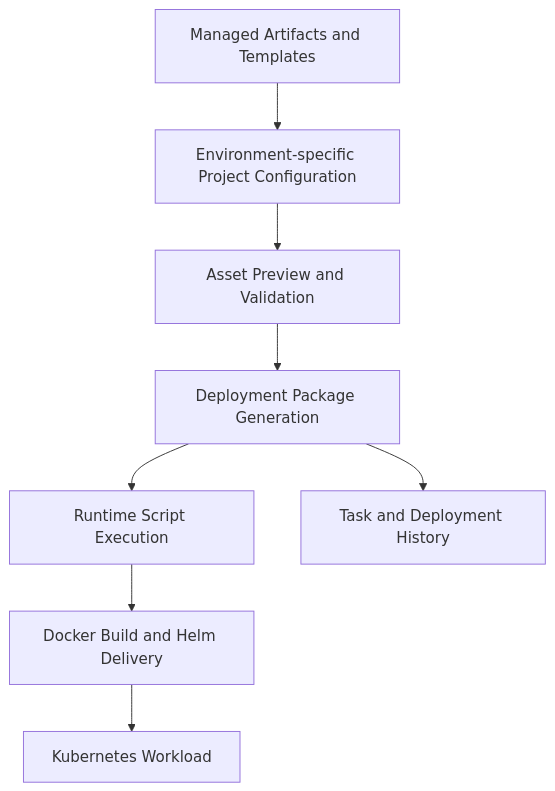
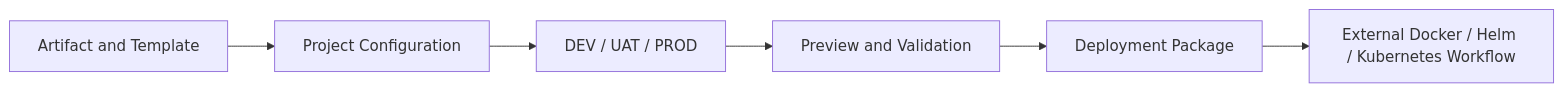
One commit to Tsonrat/software-engineer-journey changed the diagram in project/k8s_cicd_Platform/README.md. Above: the diagram before and after it, drawn with Mermaid. The commit also changed other lines of this file, not shown here.

````diff
--- a/project/k8s_cicd_Platform/README.md
+++ b/project/k8s_cicd_Platform/README.md
@@ -87,10 +42,8 @@
 ```mermaid
-flowchart TD
-    A["Managed Artifacts and Templates"] --> B["Environment-specific Project Configuration"]
-    B --> C["Asset Preview and Validation"]
-    C --> D["Deployment Package Generation"]
-    D --> E["Runtime Script Execution"]
-    E --> F["Docker Build and Helm Delivery"]
-    F --> G["Kubernetes Workload"]
-    D --> H["Task and Deployment History"]
+flowchart LR
+    A["Artifact and Template"] --> B["Project Configuration"]
+    B --> C["DEV / UAT / PROD"]
+    C --> D["Preview and Validation"]
+    D --> E["Deployment Package"]
+    E --> F["External Docker / Helm / Kubernetes Workflow"]
 ```
````
